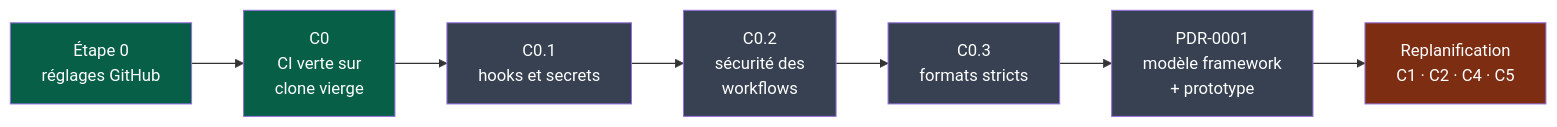
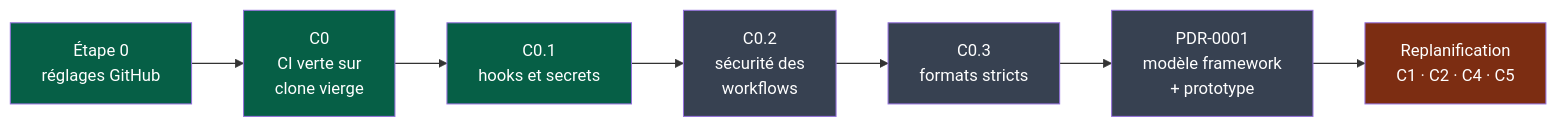
Before and after one commit to NapkinStack/engineering-os: the first of 2 diagrams in docs/governance/chantiers.md, drawn with Mermaid. The commit also changed other lines of this file and 9 other files, not shown here.

First line of the commit message:
C0.1 — Hooks et secrets (#3)

````diff
--- a/docs/governance/chantiers.md
+++ b/docs/governance/chantiers.md
@@ -10,14 +10,14 @@
 ```mermaid
 flowchart LR
     S0["Étape 0<br/>réglages GitHub"]:::fait --> C0["C0<br/>CI verte sur<br/>clone vierge"]:::fait
-    C0 --> C01["C0.1<br/>hooks et secrets"]:::afaire
+    C0 --> C01["C0.1<br/>hooks et secrets"]:::fait
     C01 --> C02["C0.2<br/>sécurité des<br/>workflows"]:::afaire
     C02 --> C03["C0.3<br/>formats stricts"]:::afaire
     C03 --> PDR["PDR-0001<br/>modèle framework<br/>+ prototype"]:::afaire
     PDR --> RP["Replanification<br/>C1 · C2 · C4 · C5"]:::bloque
 
     classDef fait fill:#065f46,color:#fff
     classDef partiel fill:#92400e,color:#fff
     classDef afaire fill:#374151,color:#fff
     classDef bloque fill:#7c2d12,color:#fff
 ```
````
